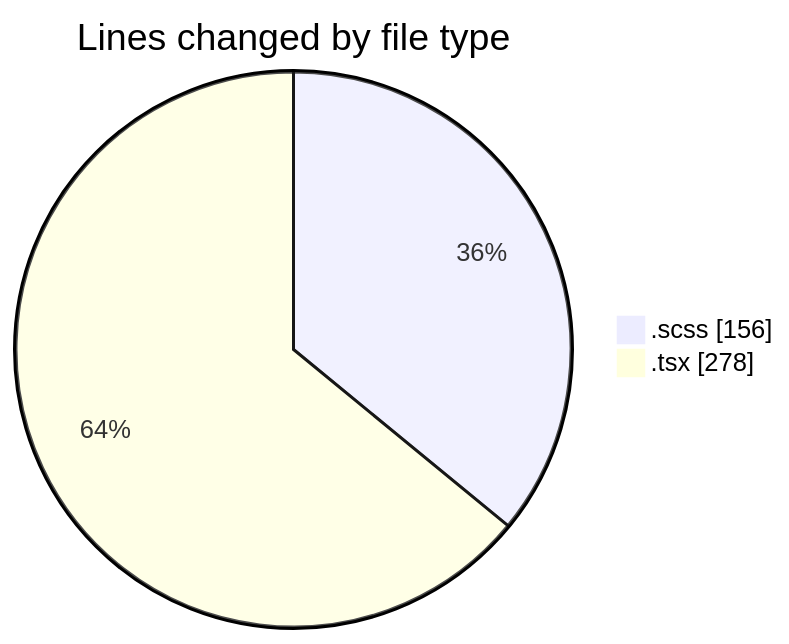
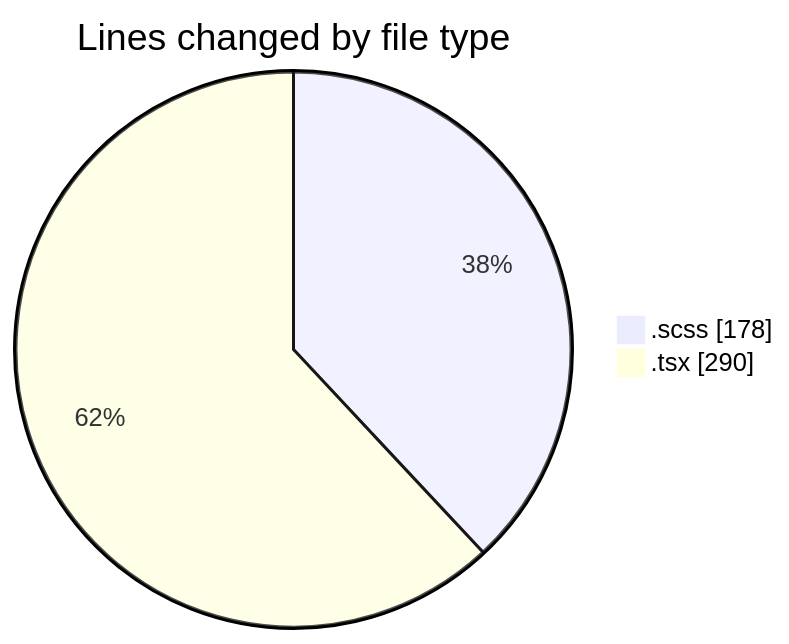
The first of 2 diagrams in 2025-03-04/cda/README.md (momahboobian/code-tracking), drawn with Mermaid before and after one commit. The commit also changed other lines of this file and 1 other file, not shown here.

````diff
--- a/2025-03-04/cda/README.md
+++ b/2025-03-04/cda/README.md
@@ -24,6 +24,6 @@
 ```mermaid
 pie showData
 title Lines changed by file type
-".scss" : 156
-".tsx" : 278
+".scss" : 178
+".tsx" : 290
 ```
````
